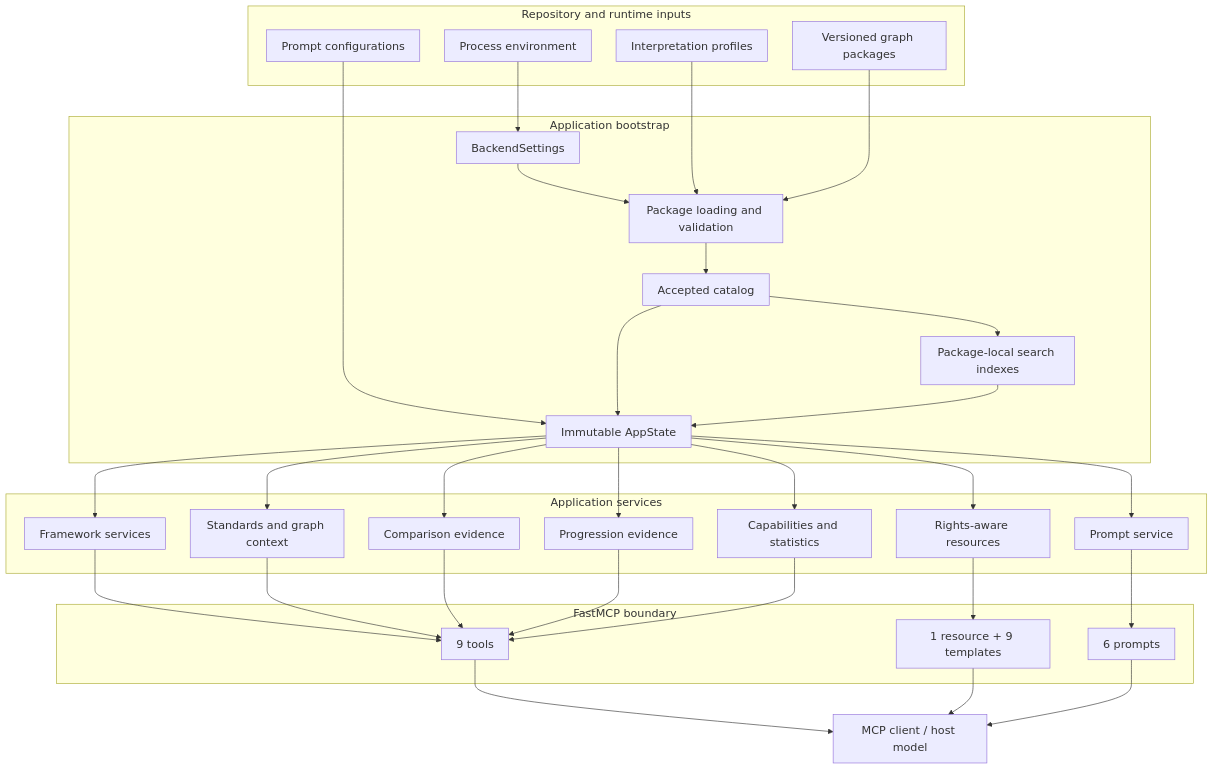
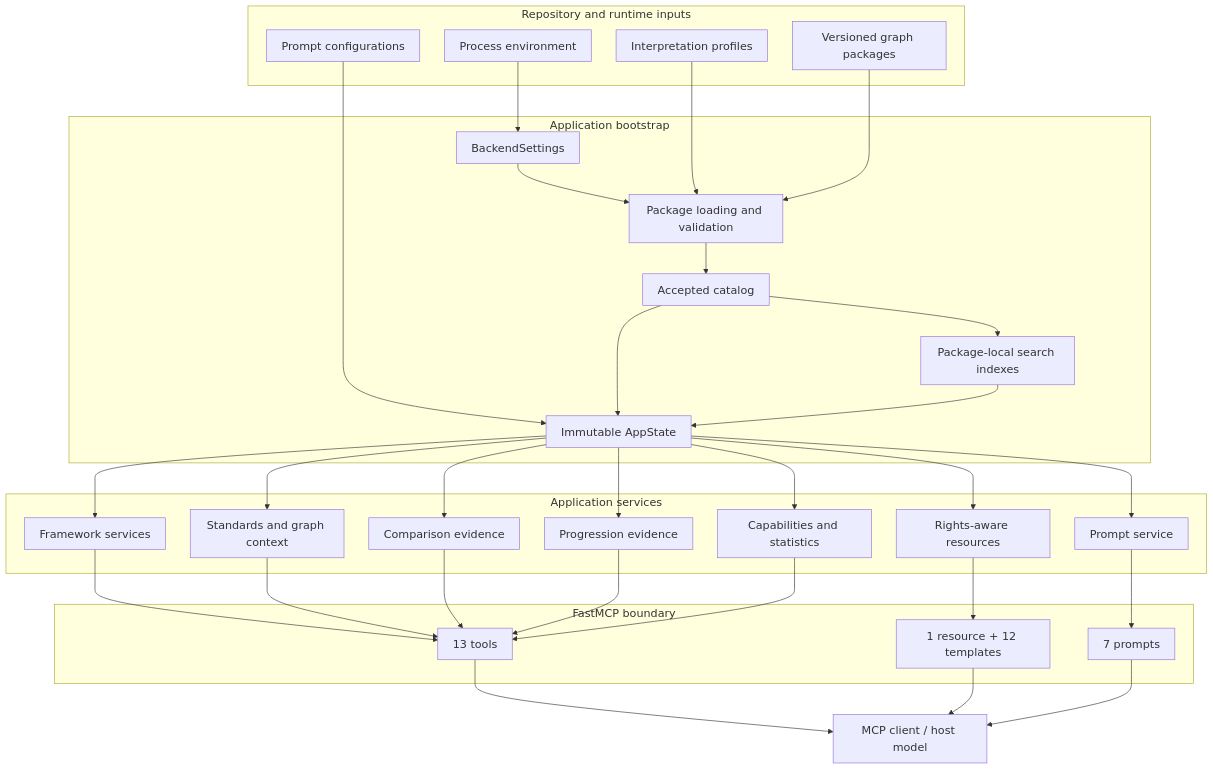
Before and after one commit to IDinsight/KGForEdGlobalMCP: the first of 2 diagrams in docs/architecture.md, drawn with Mermaid. The commit also changed other lines of this file and 30 other files, not shown here.

````diff
--- a/docs/architecture.md
+++ b/docs/architecture.md
@@ -31,72 +31,72 @@
 ```mermaid
 %%{init: {
   "themeVariables": {
     "fontSize": "18px"
   },
   "flowchart": {
     "useMaxWidth": true,
     "nodeSpacing": 40,
     "rankSpacing": 50,
     "padding": 12
   }
 }}%%
 flowchart TB
     subgraph Inputs[Repository and runtime inputs]
         ENV[Process environment]
         PROF[Interpretation profiles]
         PROMPT[Prompt configurations]
         PKG[Versioned graph packages]
     end
 
     subgraph Bootstrap[Application bootstrap]
         SETTINGS[BackendSettings]
         VALIDATE[Package loading and validation]
         CATALOG[Accepted catalog]
         INDEX[Package-local search indexes]
         STATE[Immutable AppState]
     end
 
     subgraph Services[Application services]
         FRAMEWORK[Framework services]
         STANDARDS[Standards and graph context]
         COMPARE[Comparison evidence]
         PROGRESSION[Progression evidence]
         RESOURCE[Rights-aware resources]
         PROMPTS[Prompt service]
         CAPS[Capabilities and statistics]
     end
 
     subgraph MCP[FastMCP boundary]
-        TOOLS[9 tools]
-        RESOURCES[1 resource + 9 templates]
-        MCPPROMPTS[6 prompts]
+        TOOLS[13 tools]
+        RESOURCES[1 resource + 12 templates]
+        MCPPROMPTS[7 prompts]
     end
 
     HOST[MCP client / host model]
     ENV --> SETTINGS
     SETTINGS --> VALIDATE
     PROF --> VALIDATE
     PKG --> VALIDATE
     VALIDATE --> CATALOG
     PROMPT --> STATE
     CATALOG --> INDEX
     CATALOG --> STATE
     INDEX --> STATE
     STATE --> FRAMEWORK
     STATE --> STANDARDS
     STATE --> COMPARE
     STATE --> PROGRESSION
     STATE --> RESOURCE
     STATE --> PROMPTS
     STATE --> CAPS
     FRAMEWORK --> TOOLS
     STANDARDS --> TOOLS
     COMPARE --> TOOLS
     PROGRESSION --> TOOLS
     CAPS --> TOOLS
     RESOURCE --> RESOURCES
     PROMPTS --> MCPPROMPTS
     TOOLS --> HOST
     RESOURCES --> HOST
     MCPPROMPTS --> HOST
 ```
````
